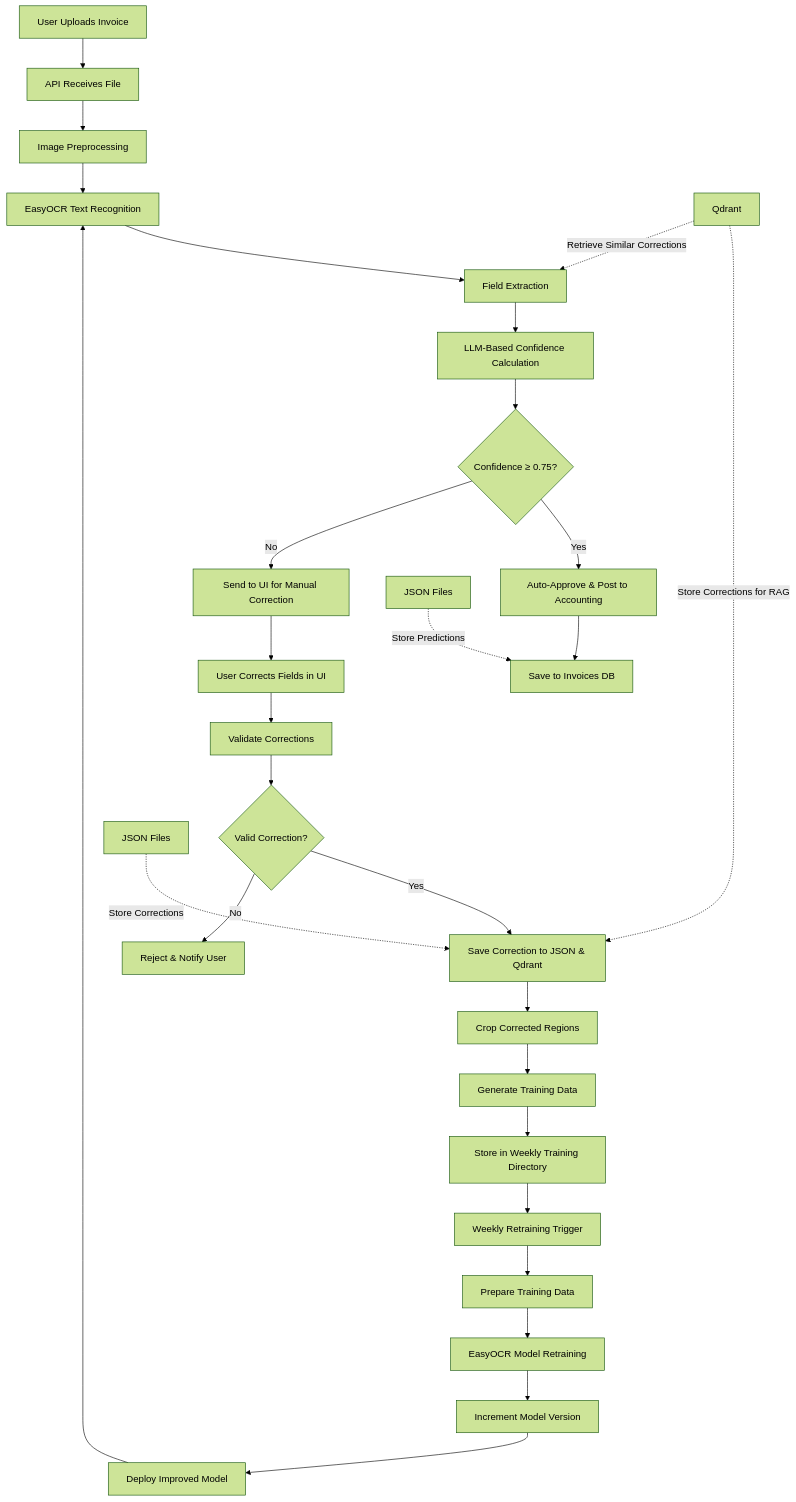
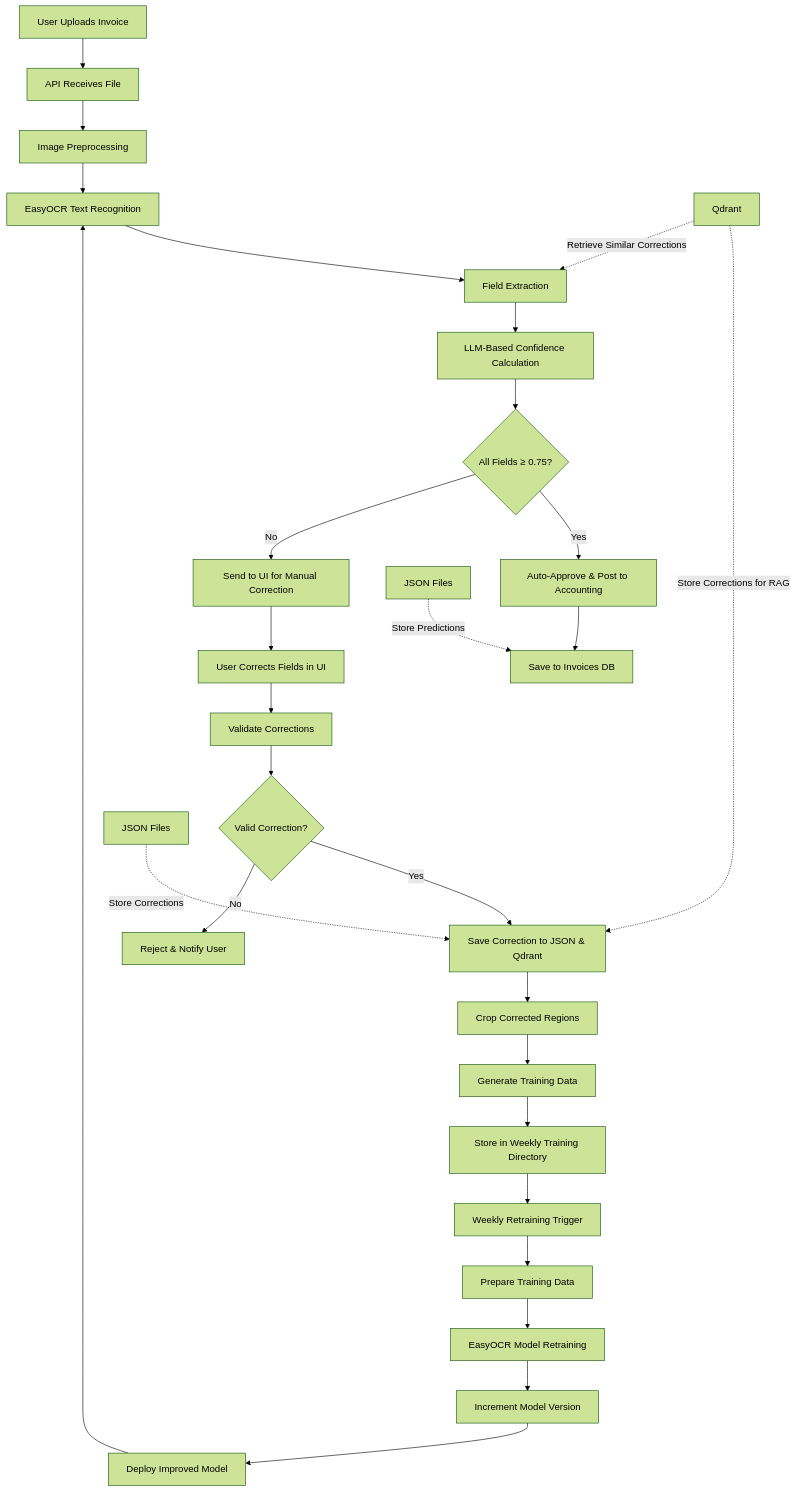
One commit to TheJabbar/Expo-Invoice-Intelligence changed the diagram in README.md. Above: the diagram before and after it, drawn with Mermaid (forest theme).

Commit message:
Add threshold detail to the mermaid chart

````diff
--- a/README.md
+++ b/README.md
@@ -35,39 +35,39 @@
 ```mermaid
 ---
 id: 96360726-b2c4-43fa-9a5a-7d282df17342
 ---
 graph TD
     A[User Uploads Invoice] --> B[API Receives File]
     B --> C[Image Preprocessing]
     C --> D[EasyOCR Text Recognition]
     D --> E[Field Extraction]
     E --> F[LLM-Based Confidence Calculation]
-    F --> G{Confidence ≥ 0.75?}
+    F --> G{All Fields ≥ 0.75?}
 
     G -->|Yes| H[Auto-Approve & Post to Accounting]
     G -->|No| I[Send to UI for Manual Correction]
 
     H --> J[Save to Invoices DB]
 
     I --> L[User Corrects Fields in UI]
     L --> M[Validate Corrections]
     M --> N{Valid Correction?}
     N -->|Yes| O[Save Correction to JSON & Qdrant]
     N -->|No| P[Reject & Notify User]
 
     O --> Q[Crop Corrected Regions]
     Q --> R[Generate Training Data]
     R --> S[Store in Weekly Training Directory]
 
     S --> T[Weekly Retraining Trigger]
     T --> U[Prepare Training Data]
     U --> V[EasyOCR Model Retraining]
     V --> W[Increment Model Version]
     W --> X[Deploy Improved Model]
     X --> D
 
     Z[Qdrant] -.->|Store Corrections for RAG| O
     Z[Qdrant] -.->|Retrieve Similar Corrections| E
     CC[JSON Files] -.->|Store Predictions| J
     DD[JSON Files] -.->|Store Corrections| O
 ```
````
